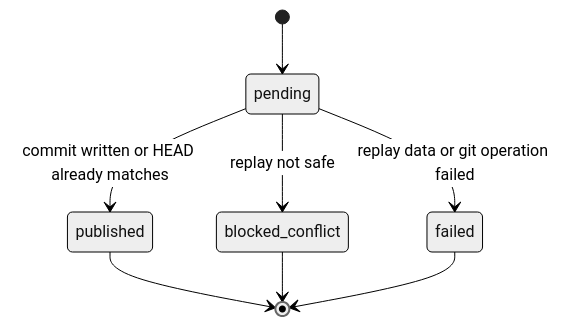
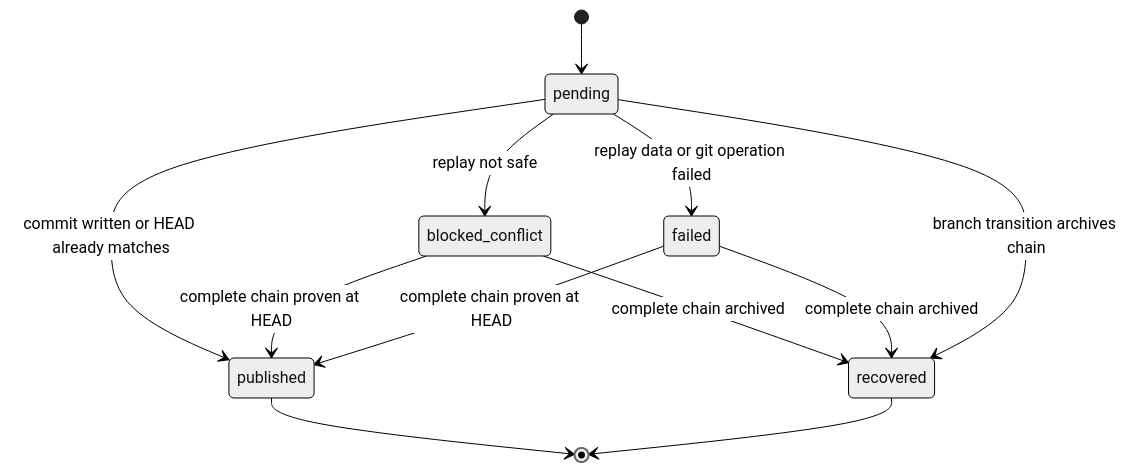
The first of 2 diagrams in docs/capture-replay.md (KristjanPikhof/Auto-Commit-Daemon), drawn with Mermaid (neutral theme) before and after one commit. The commit also changed other lines of this file and 8 other files, not shown here.

```diff
--- a/docs/capture-replay.md
+++ b/docs/capture-replay.md
@@ -21,10 +21,14 @@
 ~~~mermaid
 stateDiagram-v2
   [*] --> pending
   pending --> published: commit written or HEAD already matches
   pending --> blocked_conflict: replay not safe
   pending --> failed: replay data or git operation failed
+  blocked_conflict --> published: complete chain proven at HEAD
+  failed --> published: complete chain proven at HEAD
+  blocked_conflict --> recovered: complete chain archived
+  failed --> recovered: complete chain archived
+  pending --> recovered: branch transition archives chain
   published --> [*]
-  blocked_conflict --> [*]
-  failed --> [*]
+  recovered --> [*]
 ~~~
```
